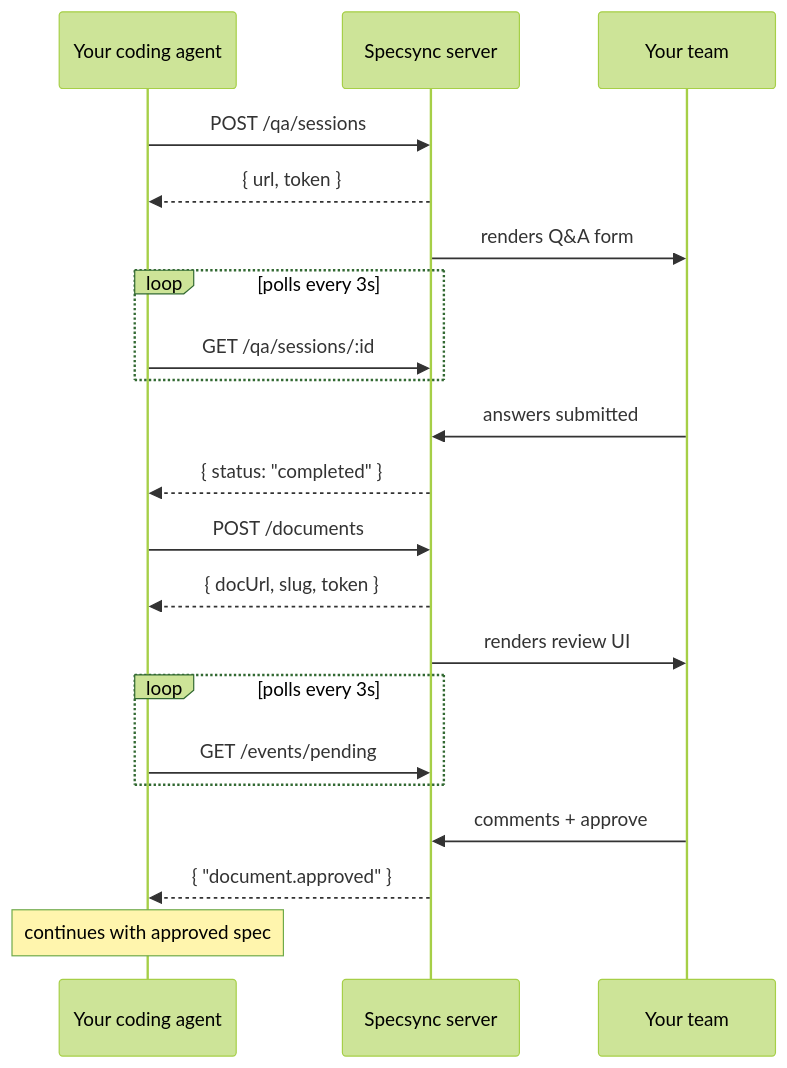
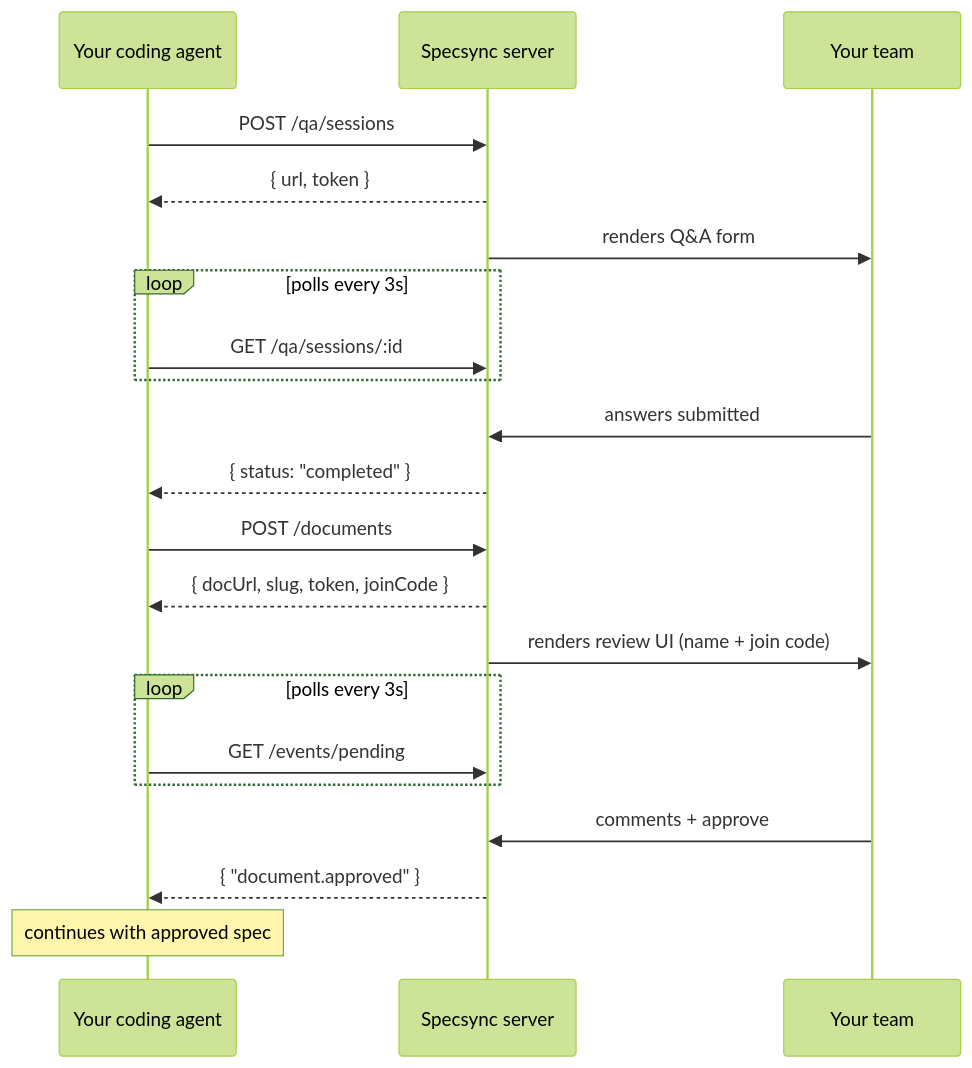
Before and after one commit to hjgraca/specsync: the first of 2 diagrams in README.md, drawn with Mermaid (forest theme). The commit also changed other lines of this file and 36 other files, not shown here.

First line of the commit message:
feat: add join-code auth, human-chosen names, and overhaul docs

````diff
--- a/README.md
+++ b/README.md
@@ -86,26 +112,26 @@
 ```mermaid
 sequenceDiagram
     participant Agent as Your coding agent
     participant Server as Specsync server
     participant Team as Your team
 
     Agent->>Server: POST /qa/sessions
     Server-->>Agent: { url, token }
     Server->>Team: renders Q&A form
     loop polls every 3s
         Agent->>Server: GET /qa/sessions/:id
     end
     Team->>Server: answers submitted
     Server-->>Agent: { status: "completed" }
 
     Agent->>Server: POST /documents
-    Server-->>Agent: { docUrl, slug, token }
-    Server->>Team: renders review UI
+    Server-->>Agent: { docUrl, slug, token, joinCode }
+    Server->>Team: renders review UI (name + join code)
     loop polls every 3s
         Agent->>Server: GET /events/pending
     end
     Team->>Server: comments + approve
     Server-->>Agent: { "document.approved" }
 
     Note over Agent: continues with approved spec
 ```
````
